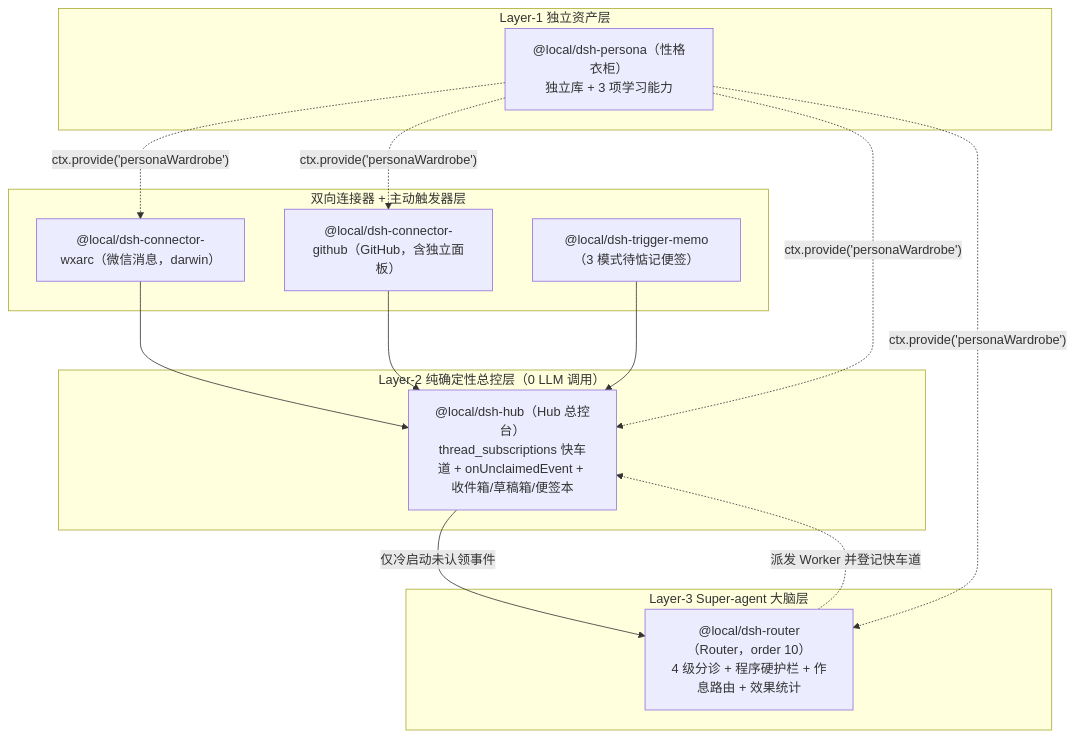
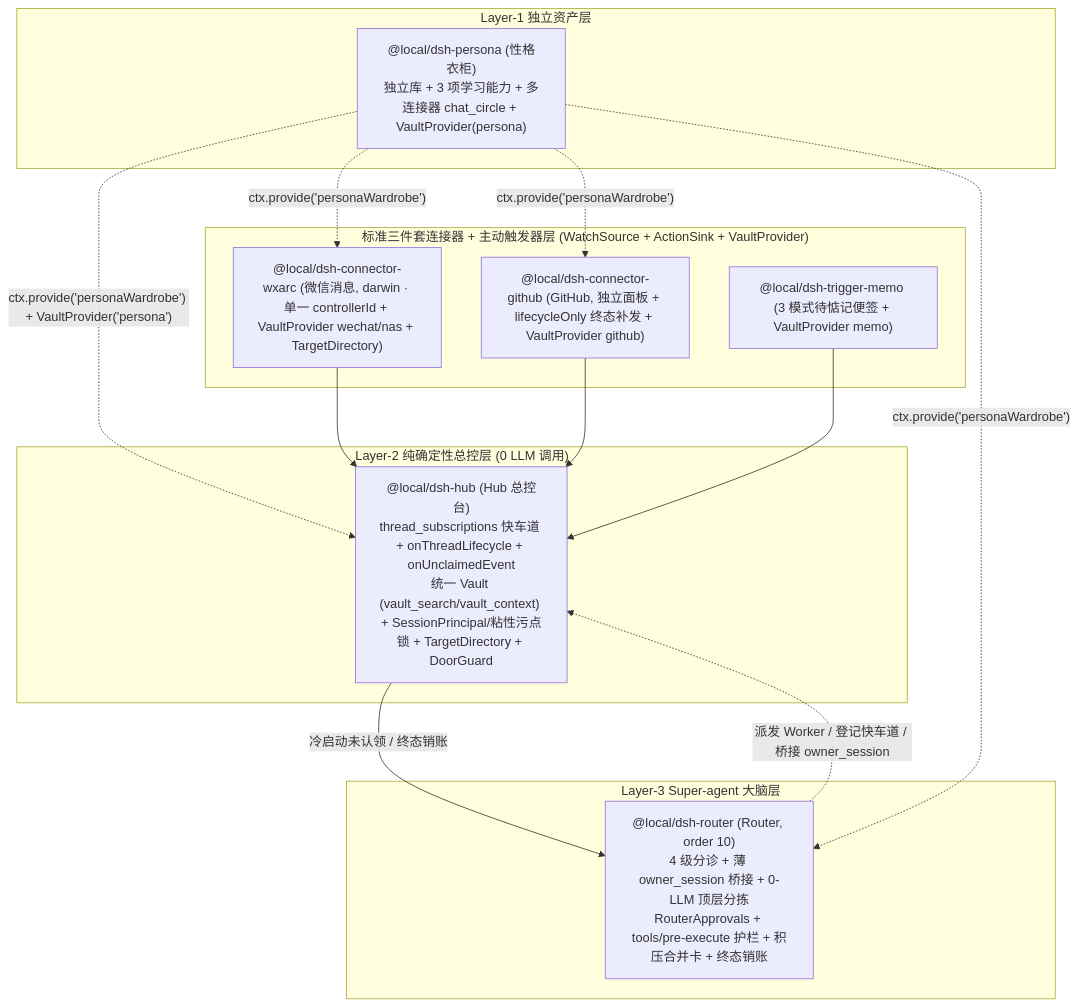
One commit to V1ki/dsh-watcher changed the fourth of 4 diagrams in docs/01-整体框架图.md. Above: the diagram before and after it, drawn with Mermaid. The commit also changed other lines of this file and 5 other files, not shown here.

Commit message:
docs: update architecture, message flows, security gates, and outbound docs for HubVault and Router refactor

````diff
--- a/docs/01-整体框架图.md
+++ b/docs/01-整体框架图.md
@@ -170,30 +186,30 @@
 ```mermaid
 flowchart TB
     subgraph LAYER1["Layer-1 独立资产层"]
-        P["@local/dsh-persona（性格衣柜）<br/>独立库 + 3 项学习能力"]
+        P["@local/dsh-persona (性格衣柜)<br/>独立库 + 3 项学习能力 + 多连接器 chat_circle + VaultProvider(persona)"]
     end
 
-    subgraph LAYER2["Layer-2 纯确定性总控层（0 LLM 调用）"]
-        H["@local/dsh-hub（Hub 总控台）<br/>thread_subscriptions 快车道 + onUnclaimedEvent + 收件箱/草稿箱/便签本"]
+    subgraph LAYER2["Layer-2 纯确定性总控层 (0 LLM 调用)"]
+        H["@local/dsh-hub (Hub 总控台)<br/>thread_subscriptions 快车道 + onThreadLifecycle + onUnclaimedEvent<br/>统一 Vault (vault_search/vault_context) + SessionPrincipal/粘性污点锁 + TargetDirectory + DoorGuard"]
     end
 
     subgraph LAYER3["Layer-3 Super-agent 大脑层"]
-        R["@local/dsh-router（Router，order 10）<br/>4 级分诊 + 程序硬护栏 + 作息路由 + 效果统计"]
+        R["@local/dsh-router (Router, order 10)<br/>4 级分诊 + 薄 owner_session 桥接 + 0-LLM 顶层分拣<br/>RouterApprovals + tools/pre-execute 护栏 + 积压合并卡 + 终态销账"]
     end
 
-    subgraph LAYER4["双向连接器 + 主动触发器层"]
-        C1["@local/dsh-connector-wxarc（微信消息，darwin）"]
-        C2["@local/dsh-connector-github（GitHub，含独立面板）"]
-        C3["@local/dsh-trigger-memo（3 模式待惦记便签）"]
+    subgraph LAYER4["标准三件套连接器 + 主动触发器层 (WatchSource + ActionSink + VaultProvider)"]
+        C1["@local/dsh-connector-wxarc (微信消息, darwin · 单一 controllerId + VaultProvider wechat/nas + TargetDirectory)"]
+        C2["@local/dsh-connector-github (GitHub, 独立面板 + lifecycleOnly 终态补发 + VaultProvider github)"]
+        C3["@local/dsh-trigger-memo (3 模式待惦记便签 + VaultProvider memo)"]
     end
 
     C1 --> H
     C2 --> H
     C3 --> H
-    H -->|"仅冷启动未认领事件"| R
-    R -.->|"派发 Worker 并登记快车道"| H
+    H -->|"冷启动未认领 / 终态销账"| R
+    R -.->|"派发 Worker / 登记快车道 / 桥接 owner_session"| H
+    P -.->|"ctx.provide('personaWardrobe') + VaultProvider('persona')"| H
     P -.->|"ctx.provide('personaWardrobe')"| C1
     P -.->|"ctx.provide('personaWardrobe')"| C2
-    P -.->|"ctx.provide('personaWardrobe')"| H
     P -.->|"ctx.provide('personaWardrobe')"| R
 ```
````
